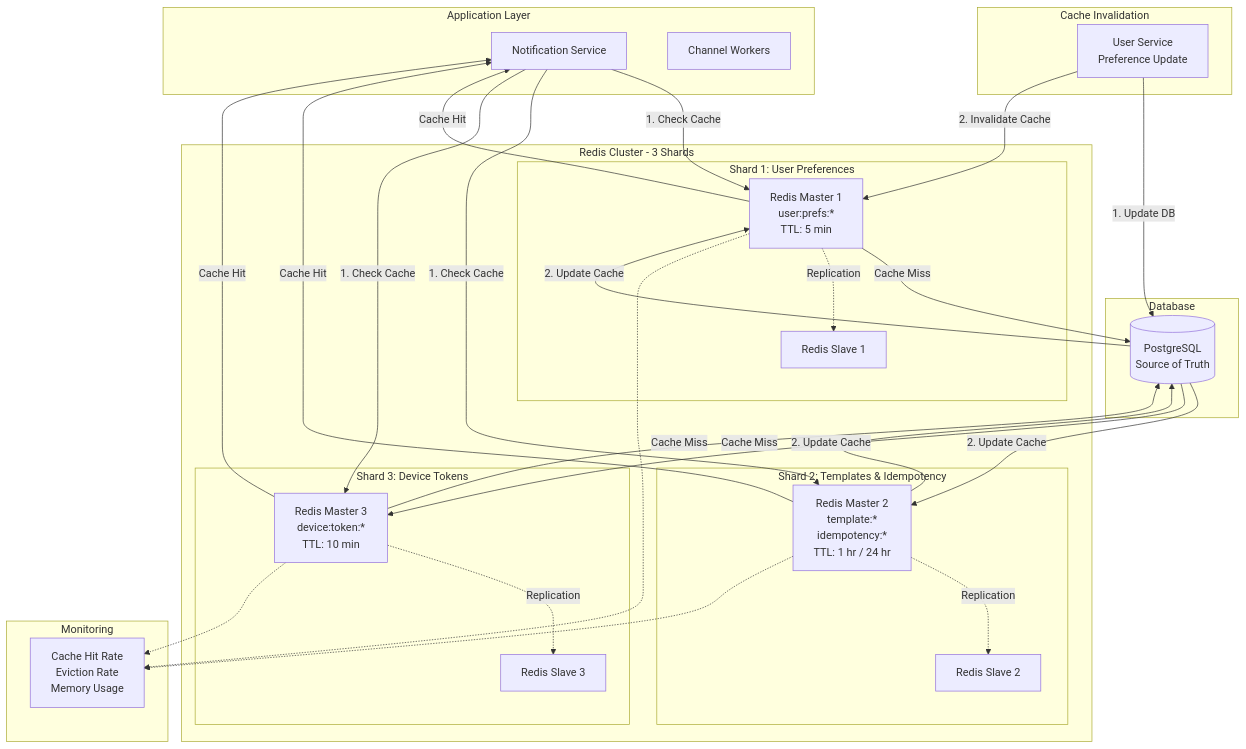
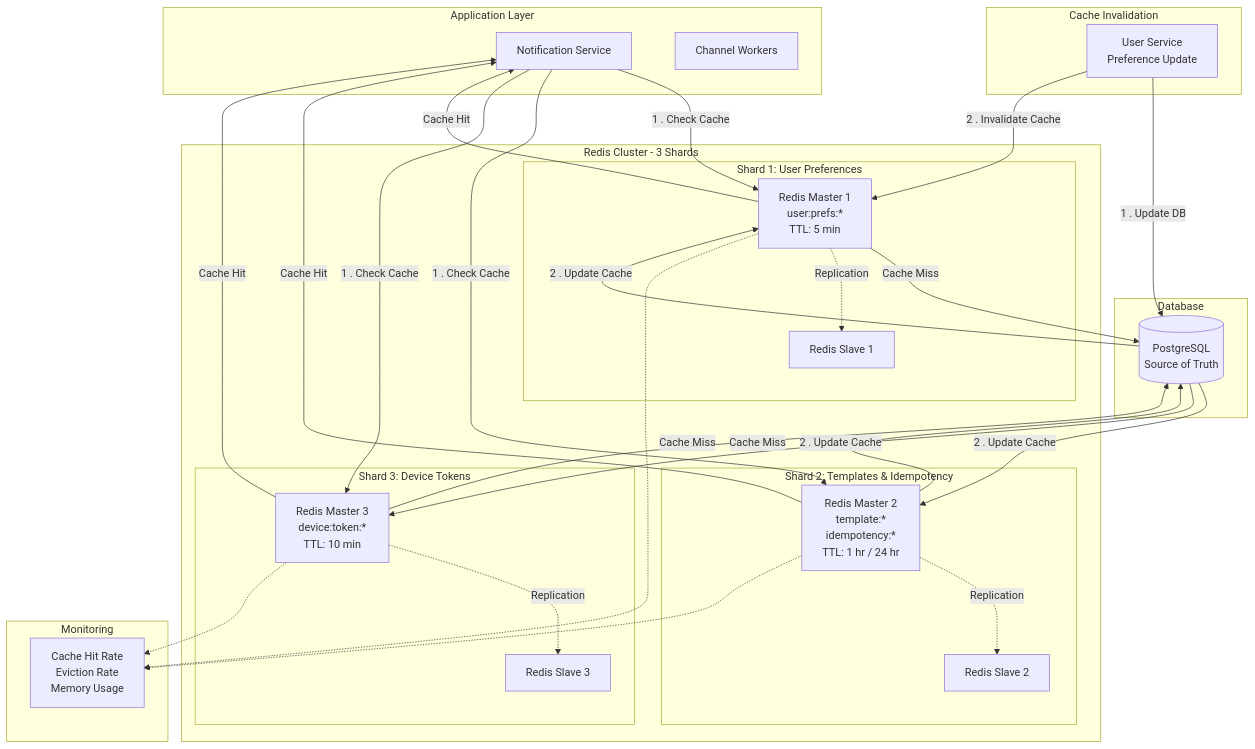
Before and after one commit to piyush7199/hld-architecture-handbook: the sixth of 15 diagrams in 03-challenges/3.2.2-notification-service/hld-diagram.md, drawn with Mermaid. The commit also changed other lines of this file and 6 other files, not shown here.

````diff
--- a/03-challenges/3.2.2-notification-service/hld-diagram.md
+++ b/03-challenges/3.2.2-notification-service/hld-diagram.md
@@ -604,62 +590,59 @@
 ```mermaid
 graph TB
     subgraph "Application Layer"
         NS[Notification Service]
         WK[Channel Workers]
     end
-    
+
     subgraph "Redis Cluster - 3 Shards"
         subgraph "Shard 1: User Preferences"
             R1[Redis Master 1<br/>user:prefs:*<br/>TTL: 5 min]
             R1S[Redis Slave 1]
         end
-        
+
         subgraph "Shard 2: Templates & Idempotency"
             R2[Redis Master 2<br/>template:*<br/>idempotency:*<br/>TTL: 1 hr / 24 hr]
             R2S[Redis Slave 2]
         end
-        
+
         subgraph "Shard 3: Device Tokens"
             R3[Redis Master 3<br/>device:token:*<br/>TTL: 10 min]
             R3S[Redis Slave 3]
         end
     end
-    
+
     subgraph "Database"
         PG[(PostgreSQL<br/>Source of Truth)]
     end
-    
-    NS -->|1. Check Cache| R1
-    NS -->|1. Check Cache| R2
-    NS -->|1. Check Cache| R3
-    
+
+    NS -->|1 . Check Cache| R1
+    NS -->|1 . Check Cache| R2
+    NS -->|1 . Check Cache| R3
     R1 -->|Cache Hit| NS
     R1 -->|Cache Miss| PG
     R2 -->|Cache Hit| NS
     R2 -->|Cache Miss| PG
     R3 -->|Cache Hit| NS
     R3 -->|Cache Miss| PG
-    
-    PG -->|2. Update Cache| R1
-    PG -->|2. Update Cache| R2
-    PG -->|2. Update Cache| R3
-    
+    PG -->|2 . Update Cache| R1
+    PG -->|2 . Update Cache| R2
+    PG -->|2 . Update Cache| R3
     R1 -.->|Replication| R1S
     R2 -.->|Replication| R2S
     R3 -.->|Replication| R3S
-    
+
     subgraph "Cache Invalidation"
         UI[User Service<br/>Preference Update]
     end
-    
-    UI -->|1. Update DB| PG
-    UI -->|2. Invalidate Cache| R1
-    
+
+    UI -->|1 . Update DB| PG
+    UI -->|2 . Invalidate Cache| R1
+
     subgraph "Monitoring"
         M[Cache Hit Rate<br/>Eviction Rate<br/>Memory Usage]
     end
-    
+
     R1 -.-> M
     R2 -.-> M
     R3 -.-> M
 ```
````
